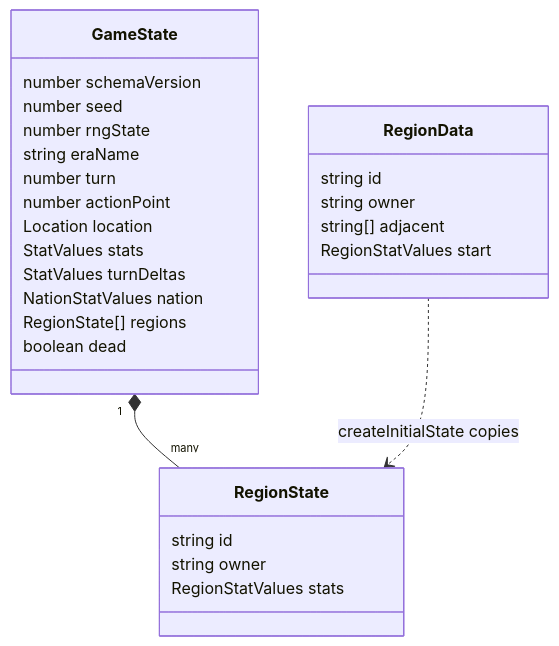
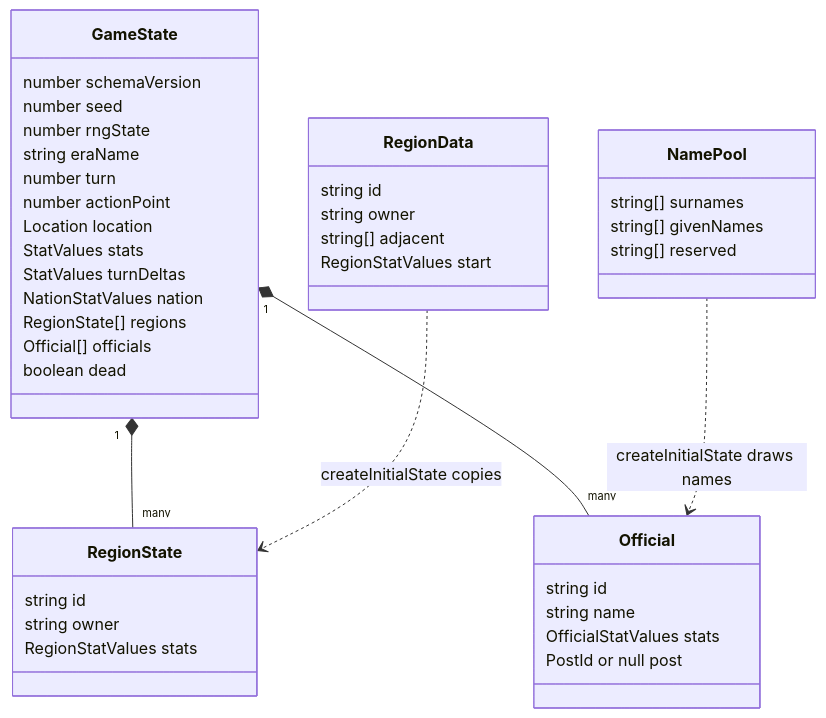
Before and after one commit to dcheng1248/agent-harness-test: the diagram in packages/core/ARCHITECTURE.md, drawn with Mermaid. The commit also changed other lines of this file and 9 other files, not shown here.

````diff
--- a/packages/core/ARCHITECTURE.md
+++ b/packages/core/ARCHITECTURE.md
@@ -8,30 +8,44 @@
 ```mermaid
 classDiagram
   class GameState {
     number schemaVersion
     number seed
     number rngState
     string eraName
     number turn
     number actionPoint
     Location location
     StatValues stats
     StatValues turnDeltas
     NationStatValues nation
     RegionState[] regions
+    Official[] officials
     boolean dead
+  }
+  class Official {
+    string id
+    string name
+    OfficialStatValues stats
+    PostId or null post
+  }
+  class NamePool {
+    string[] surnames
+    string[] givenNames
+    string[] reserved
   }
   class RegionState {
     string id
     string owner
     RegionStatValues stats
   }
   class RegionData {
     string id
     string owner
     string[] adjacent
     RegionStatValues start
   }
   GameState "1" *-- "many" RegionState
   RegionData ..> RegionState : createInitialState copies
+  GameState "1" *-- "many" Official
+  NamePool ..> Official : createInitialState draws names
 ```
````
